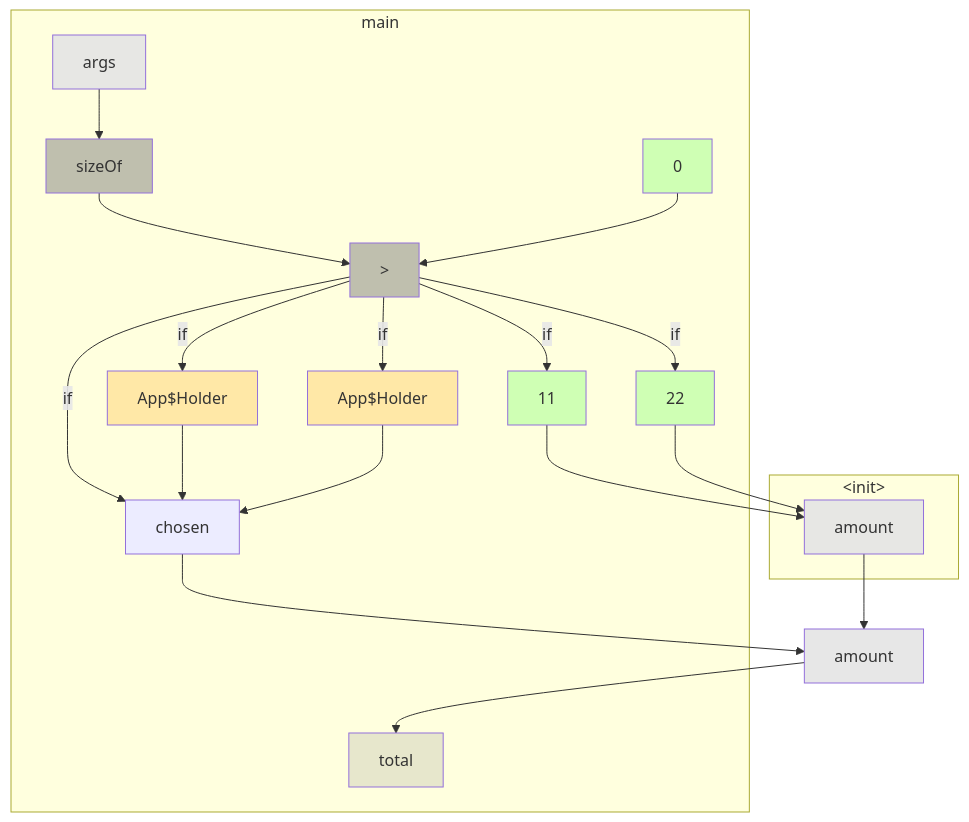
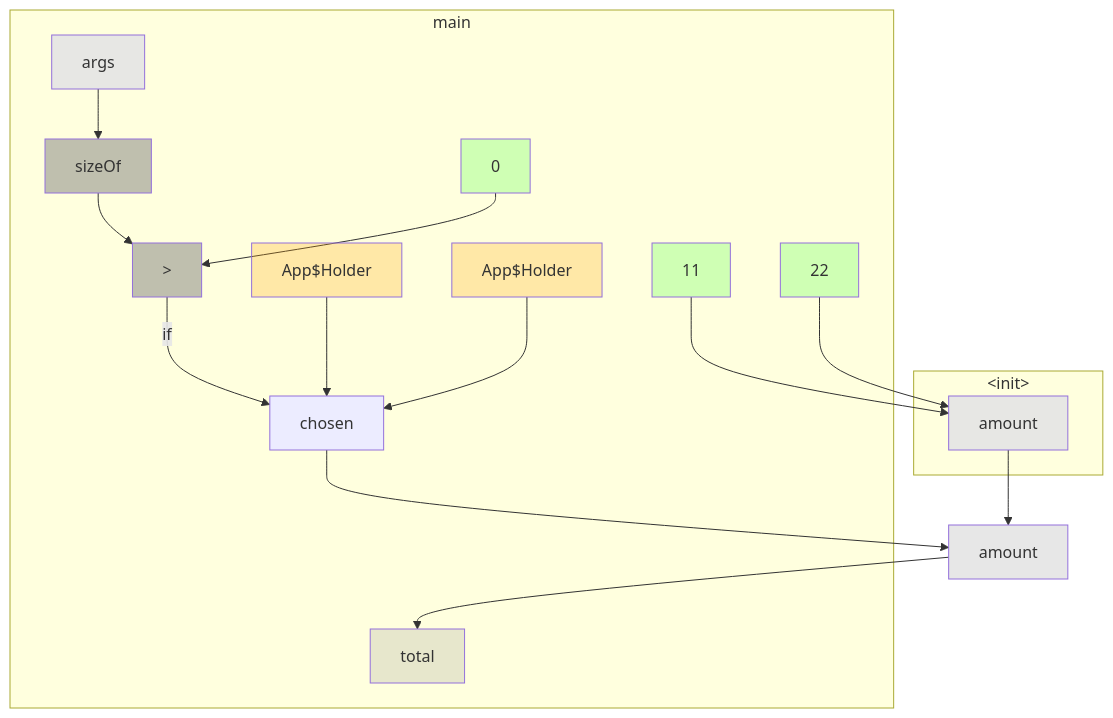
Before and after one commit to gstiebler/codeflow: the diagram in app/src/test/resources/aliasBranch/spike-truth.md, drawn with Mermaid. The commit also changed 21 other files, not shown here.

````diff
--- a/app/src/test/resources/aliasBranch/spike-truth.md
+++ b/app/src/test/resources/aliasBranch/spike-truth.md
@@ -3,41 +3,37 @@
 ```mermaid
 flowchart TD
   subgraph m0["#lt;init#gt;"]
     n0["amount"]:::FUNC_PARAM
   end
   subgraph m1["main"]
     n1["#gt;"]:::BIN_OP
     n2["sizeOf"]:::BIN_OP
     n3["App$Holder"]:::EXTERNAL
     n4["App$Holder"]:::EXTERNAL
     n5["args"]:::FUNC_PARAM
     n6["0"]:::LITERAL
     n7["11"]:::LITERAL
     n8["22"]:::LITERAL
     n9["chosen"]:::OBJ_VARIABLE
     n10["total"]:::VARIABLE
   end
   n11["amount"]:::VARIABLE
   n0 --> n11
-  n1 -->|if| n3
-  n1 -->|if| n4
-  n1 -->|if| n7
-  n1 -->|if| n8
   n1 -->|if| n9
   n11 --> n10
   n2 --> n1
   n3 --> n9
   n4 --> n9
   n5 --> n2
   n6 --> n1
   n7 --> n0
   n8 --> n0
   n9 --> n11
   classDef LITERAL fill:#00FF0030
   classDef VARIABLE fill:#80808030
   classDef BIN_OP fill:#80808080
   classDef FUNC_PARAM fill:#8080FF30
   classDef RETURN fill:#FF808080
   classDef EXTERNAL fill:#FFA50040
   classDef UNMODELLED fill:#FF000030,stroke-dasharray: 4 2
 ```
````
